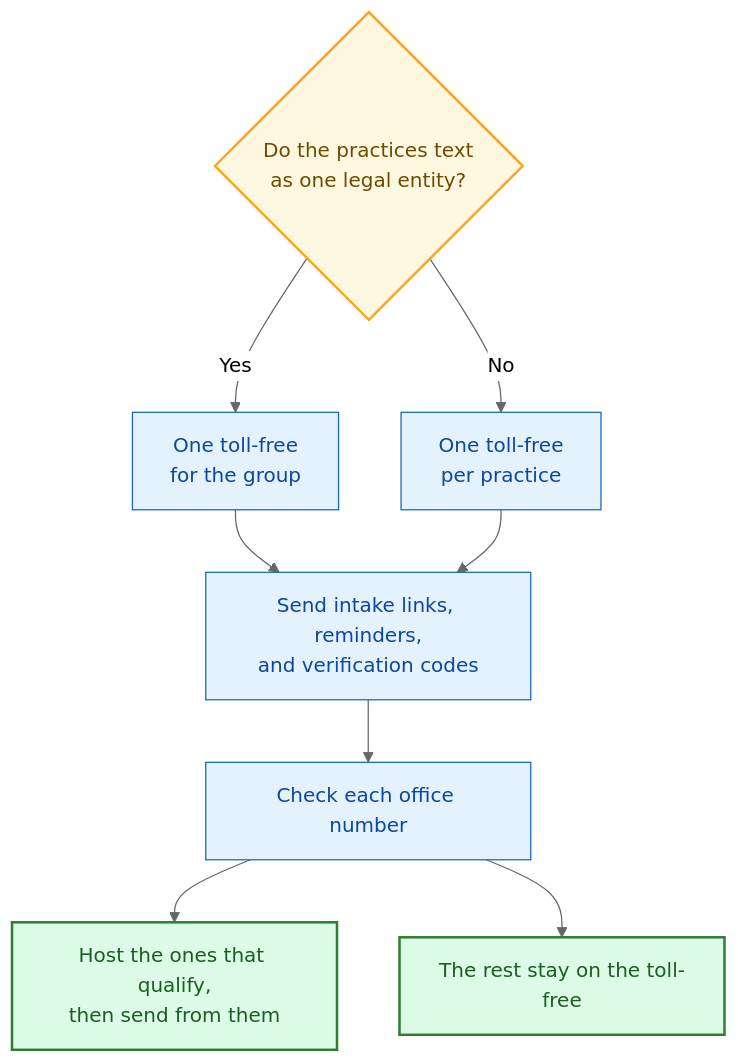
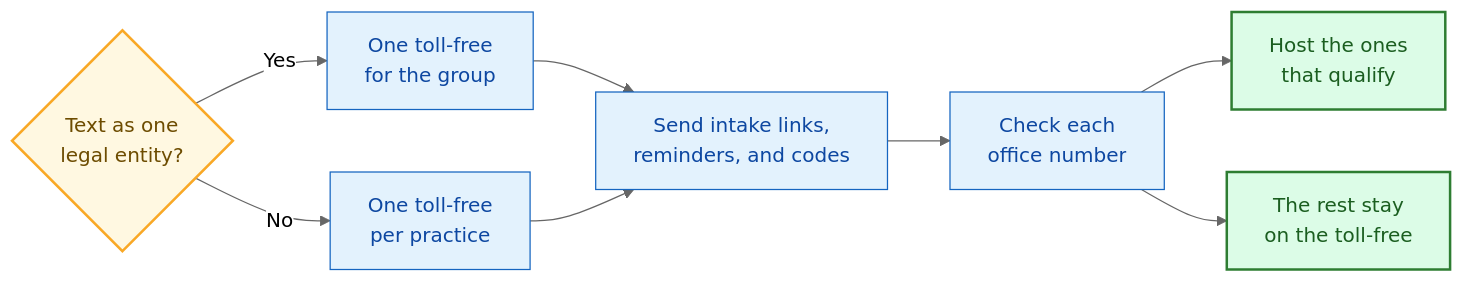
One commit to daava-hq/shared-docs changed the first of 5 diagrams in docs/office-number-texting-report.md. Above: the diagram before and after it, drawn with Mermaid (neutral theme). The commit also changed other lines of this file, not shown here.

First line of the commit message:
Widen the texting report diagrams

````diff
--- a/docs/office-number-texting-report.md
+++ b/docs/office-number-texting-report.md
@@ -27,19 +27,19 @@
 ```mermaid
-flowchart TD
-  Q{"Do the practices text<br/>as one legal entity?"}
+flowchart LR
+  Q{"Text as one<br/>legal entity?"}
   Q -->|Yes| ONE["One toll-free<br/>for the group"]
   Q -->|No| MANY["One toll-free<br/>per practice"]
-  ONE --> SEND["Send intake links, reminders,<br/>and verification codes"]
+  ONE --> SEND["Send intake links,<br/>reminders, and codes"]
   MANY --> SEND
-  SEND --> CHECK["Check each office number"]
-  CHECK --> HOST["Host the ones that qualify,<br/>then send from them"]
-  CHECK --> STAY["The rest stay on the toll-free"]
+  SEND --> CHECK["Check each<br/>office number"]
+  CHECK --> HOST["Host the ones<br/>that qualify"]
+  CHECK --> STAY["The rest stay<br/>on the toll-free"]
 
   classDef decisionNode fill:#fff8e1,stroke:#f9a825,stroke-width:2px,color:#6d4c00
   classDef actionNode fill:#e3f2fd,stroke:#1565c0,color:#0d47a1
   classDef cleanNode fill:#dcfce7,stroke:#2e7d32,stroke-width:2px,color:#1b5e20
 
   class Q decisionNode
   class ONE,MANY,SEND,CHECK actionNode
   class HOST,STAY cleanNode
 ```
````
